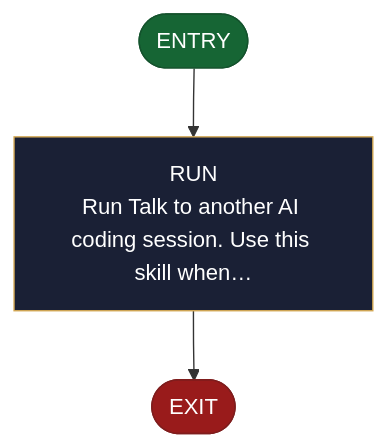
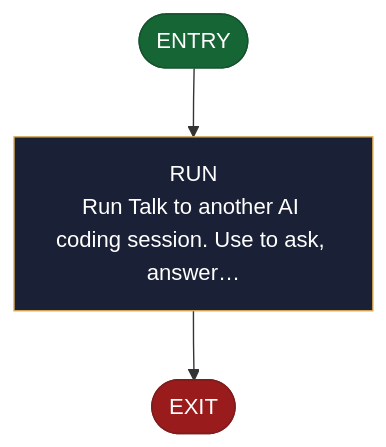
One commit to AndreVianna/aid-methodology changed the diagram in site/src/content/docs/skills/aid-chat.md. Above: the diagram before and after it, drawn with Mermaid. The commit also changed other lines of this file and 224 other files, not shown here.

````diff
--- a/site/src/content/docs/skills/aid-chat.md
+++ b/site/src/content/docs/skills/aid-chat.md
@@ -22,20 +22,20 @@
 ```mermaid
 flowchart TB
   classDef aidNode color:#fff
   classDef aidEntry fill:#166534,stroke:#14532d,color:#fff
   classDef aidExit fill:#991b1b,stroke:#7f1d1d,color:#fff
   classDef aidDecision fill:#92400e,stroke:#78350f,color:#fff
   classDef aidLoopBack fill:#1e3a8a,stroke:#1e3a8a,color:#fff
   classDef aidStep fill:#1a2035,stroke:#d4a853,color:#f1f5f9
   n1(["ENTRY"])
-  n2["RUN<br/>Run Talk to another AI coding session. Use this skill when…"]
+  n2["RUN<br/>Run Talk to another AI coding session. Use to ask, answer…"]
   n3(["EXIT"])
   n1 --> n2
   n2 --> n3
   class n1 aidEntry
   class n2 aidStep
   class n3 aidExit
   class n1 aidNode
   class n2 aidNode
   class n3 aidNode
 ```
````
